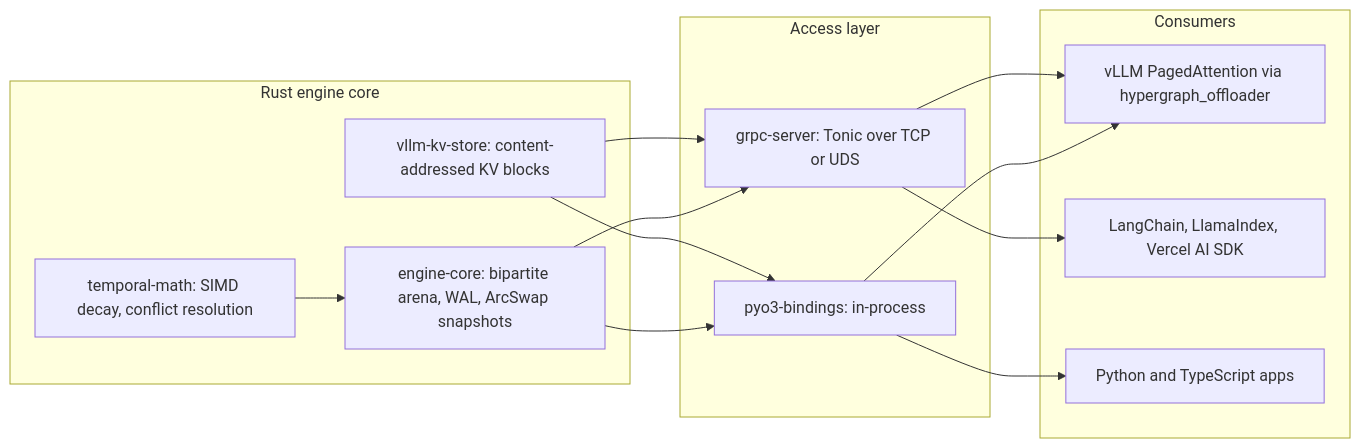
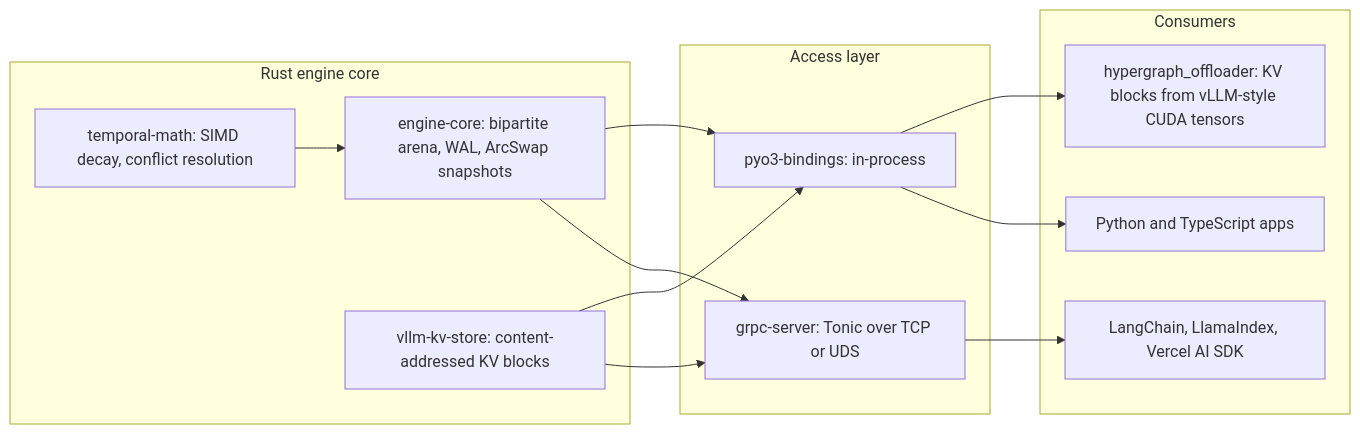
Before and after one commit to Divyansh151005/Temporal-Hypergraph-Engine: the diagram in README.md, drawn with Mermaid. The commit also changed other lines of this file and 24 other files, not shown here.

````diff
--- a/README.md
+++ b/README.md
@@ -61,26 +65,25 @@
 ```mermaid
 flowchart LR
     subgraph core [Rust engine core]
         engineCore["engine-core: bipartite arena, WAL, ArcSwap snapshots"]
         temporalMath["temporal-math: SIMD decay, conflict resolution"]
         kvStore["vllm-kv-store: content-addressed KV blocks"]
     end
     subgraph access [Access layer]
         pyo3["pyo3-bindings: in-process"]
         grpc["grpc-server: Tonic over TCP or UDS"]
     end
     subgraph consumers [Consumers]
-        vllm["vLLM PagedAttention via hypergraph_offloader"]
+        vllm["hypergraph_offloader: KV blocks from vLLM-style CUDA tensors"]
         frameworks["LangChain, LlamaIndex, Vercel AI SDK"]
         apps["Python and TypeScript apps"]
     end
     temporalMath --> engineCore
     engineCore --> pyo3
     engineCore --> grpc
     kvStore --> pyo3
     kvStore --> grpc
     pyo3 --> vllm
     pyo3 --> apps
     grpc --> frameworks
-    grpc --> vllm
 ```
````
